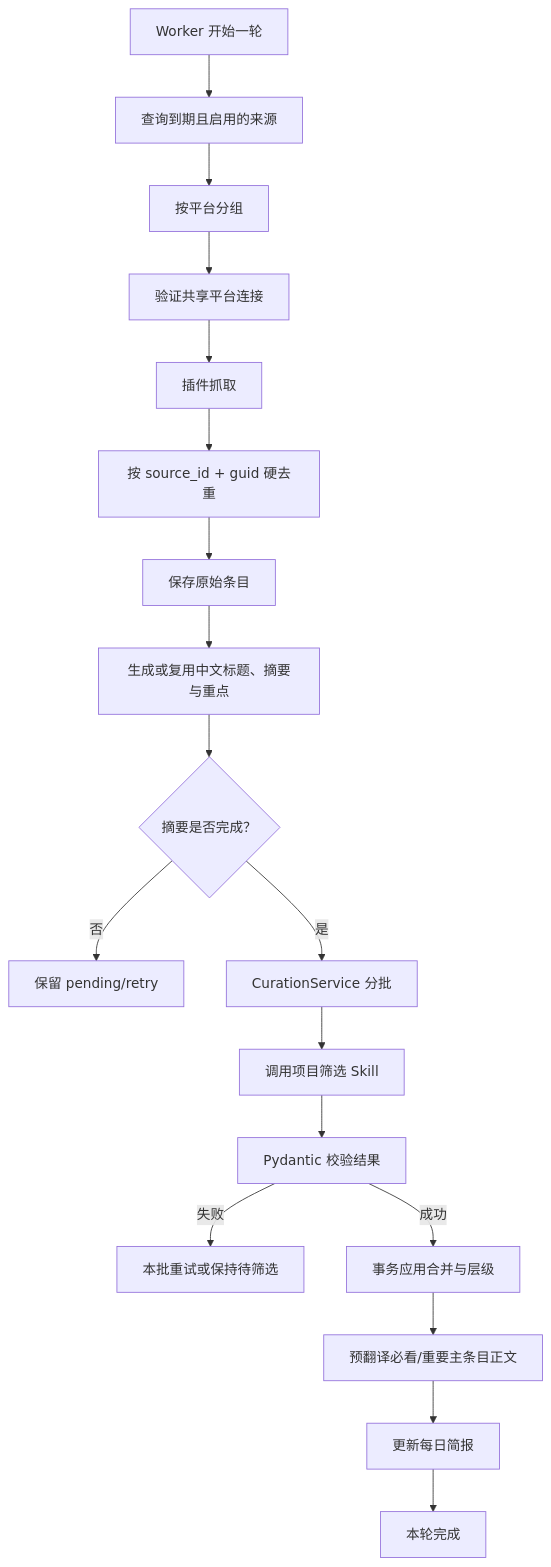
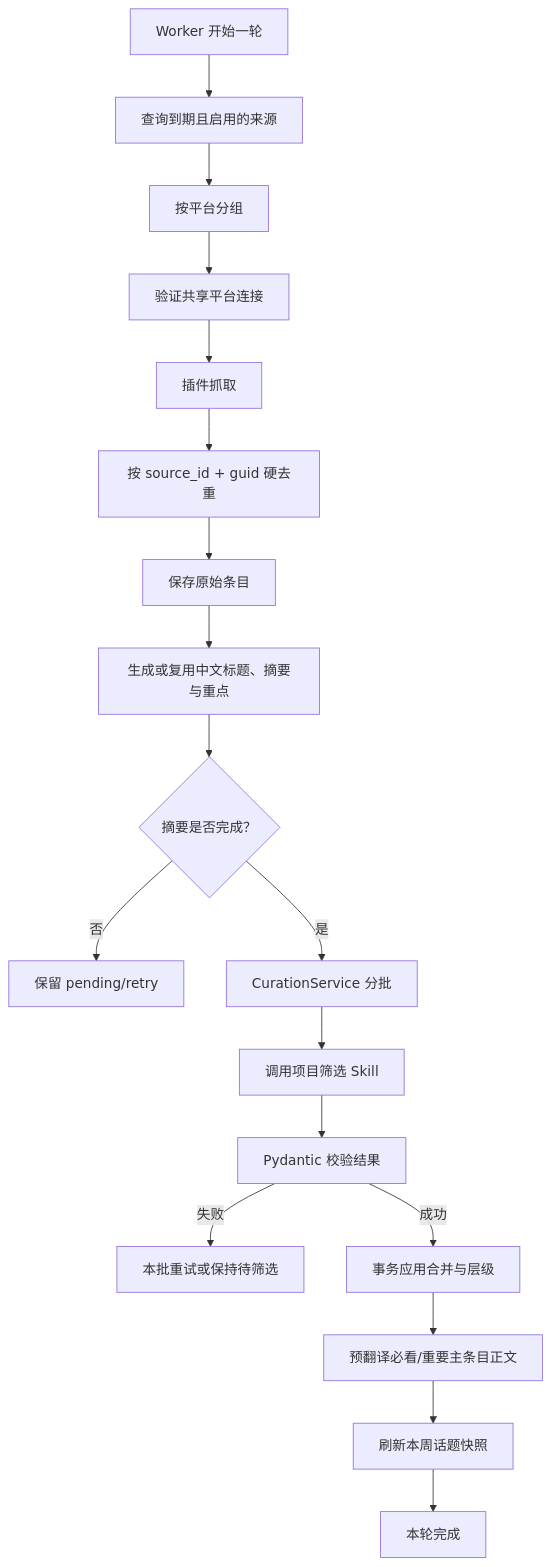
Before and after one commit to angelOnly/NewsRssHub: the third of 6 diagrams in docs/PRODUCT_REQUIREMENTS_AND_ARCHITECTURE.md, drawn with Mermaid. The commit also changed other lines of this file and 21 other files, not shown here.

````diff
--- a/docs/PRODUCT_REQUIREMENTS_AND_ARCHITECTURE.md
+++ b/docs/PRODUCT_REQUIREMENTS_AND_ARCHITECTURE.md
@@ -687,20 +696,20 @@
 ```mermaid
 flowchart TD
     START["Worker 开始一轮"] --> DUE["查询到期且启用的来源"]
     DUE --> GROUP["按平台分组"]
     GROUP --> VALIDATE["验证共享平台连接"]
     VALIDATE --> FETCH["插件抓取"]
     FETCH --> HARD["按 source_id + guid 硬去重"]
     HARD --> SAVE["保存原始条目"]
     SAVE --> SUMMARY["生成或复用中文标题、摘要与重点"]
     SUMMARY --> READY{"摘要是否完成？"}
     READY -- "否" --> RETRY["保留 pending/retry"]
     READY -- "是" --> BATCH["CurationService 分批"]
     BATCH --> SKILL["调用项目筛选 Skill"]
     SKILL --> CHECK["Pydantic 校验结果"]
     CHECK -- "失败" --> CUR_RETRY["本批重试或保持待筛选"]
     CHECK -- "成功" --> APPLY["事务应用合并与层级"]
     APPLY --> TRANSLATE["预翻译必看/重要主条目正文"]
-    TRANSLATE --> BRIEF["更新每日简报"]
-    BRIEF --> DONE["本轮完成"]
+    TRANSLATE --> TOPIC["刷新本周话题快照"]
+    TOPIC --> DONE["本轮完成"]
 ```
````
